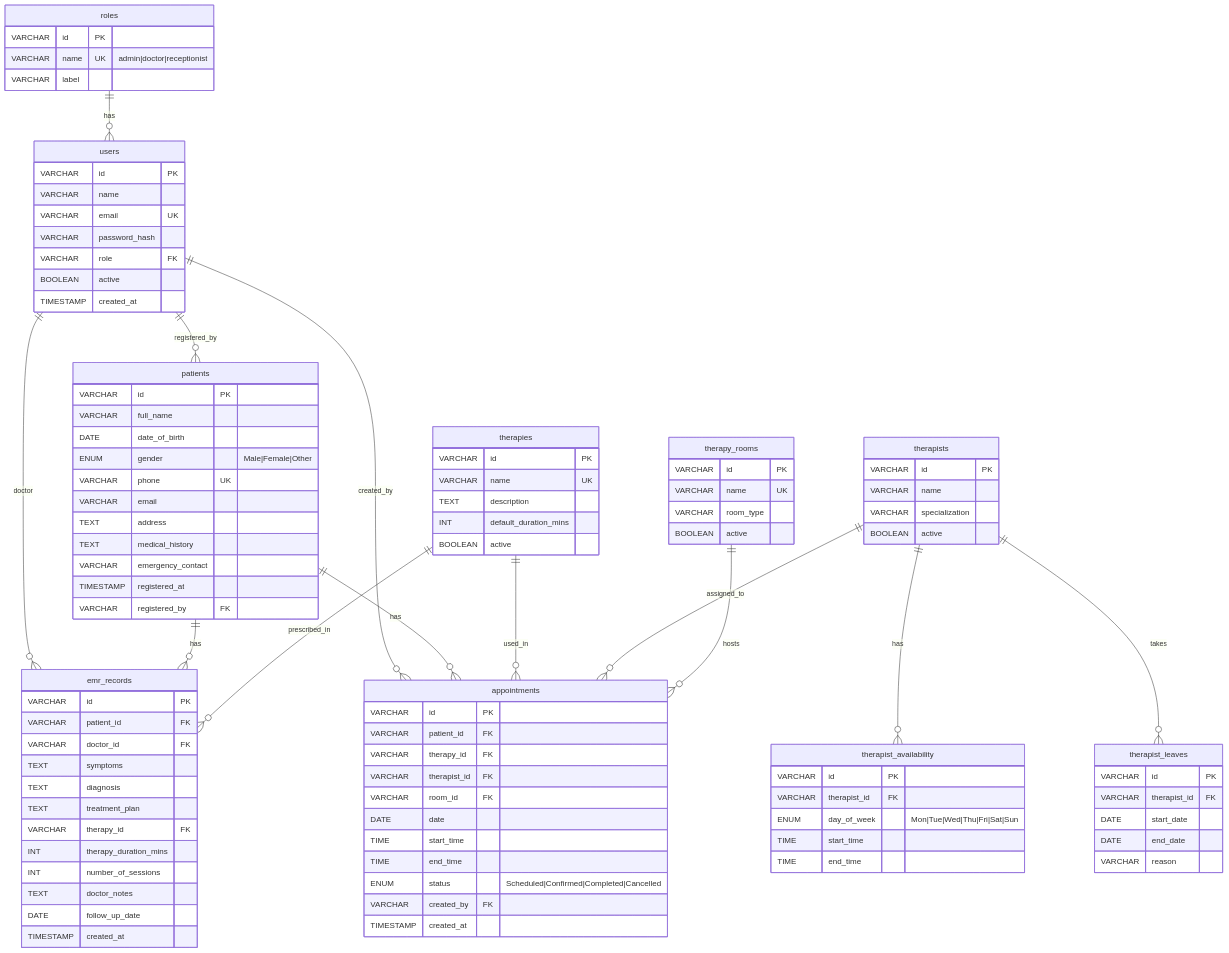
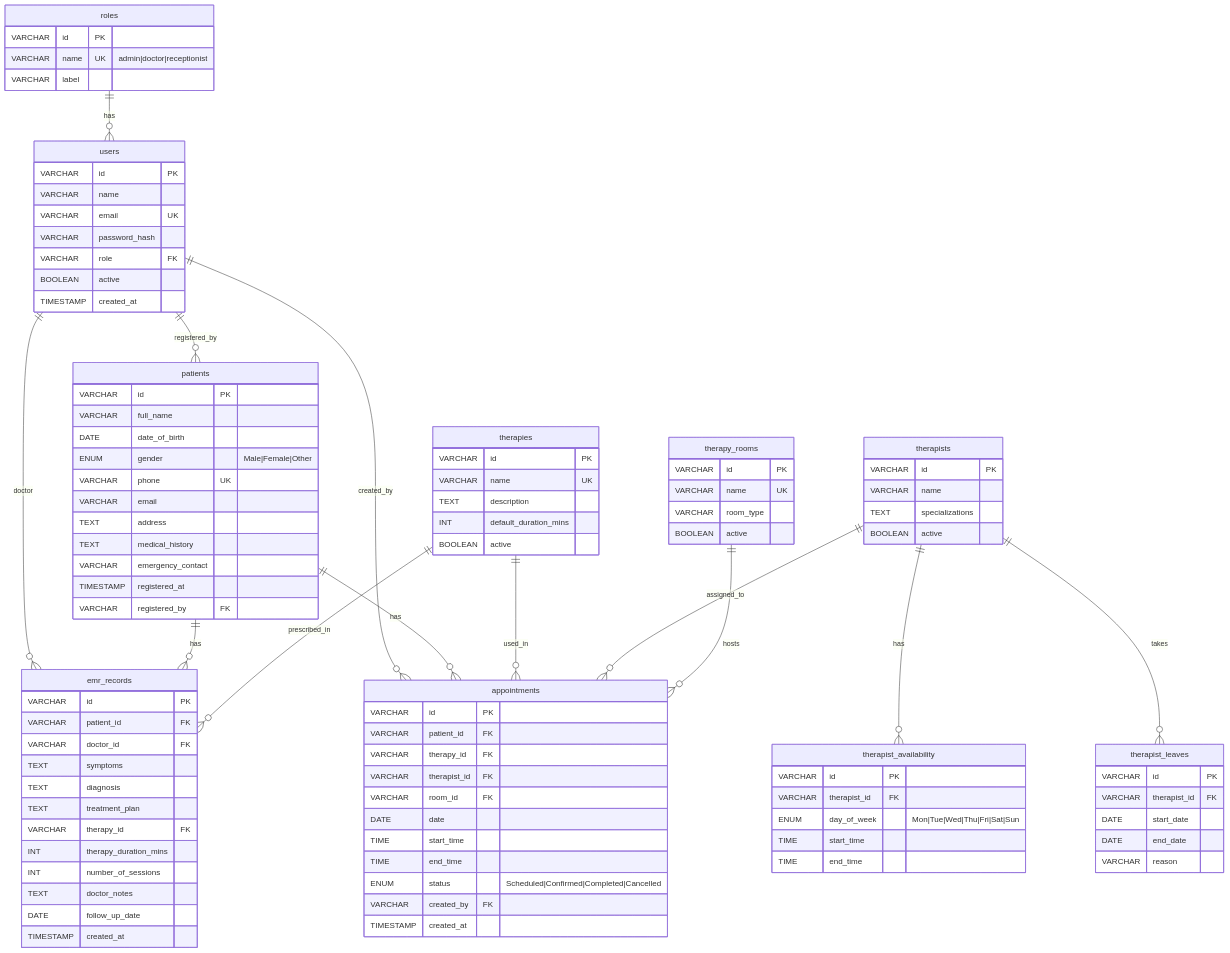
The diagram in docs/database/er-diagram.md (Adityasinh209/Ayusutra), drawn with Mermaid before and after one commit. The commit also changed 84 other files, not shown here.

```diff
--- a/docs/database/er-diagram.md
+++ b/docs/database/er-diagram.md
@@ -51,7 +51,7 @@
     therapists {
         VARCHAR id PK
         VARCHAR name
-        VARCHAR specialization
+        TEXT specializations
         BOOLEAN active
     }
 
```
